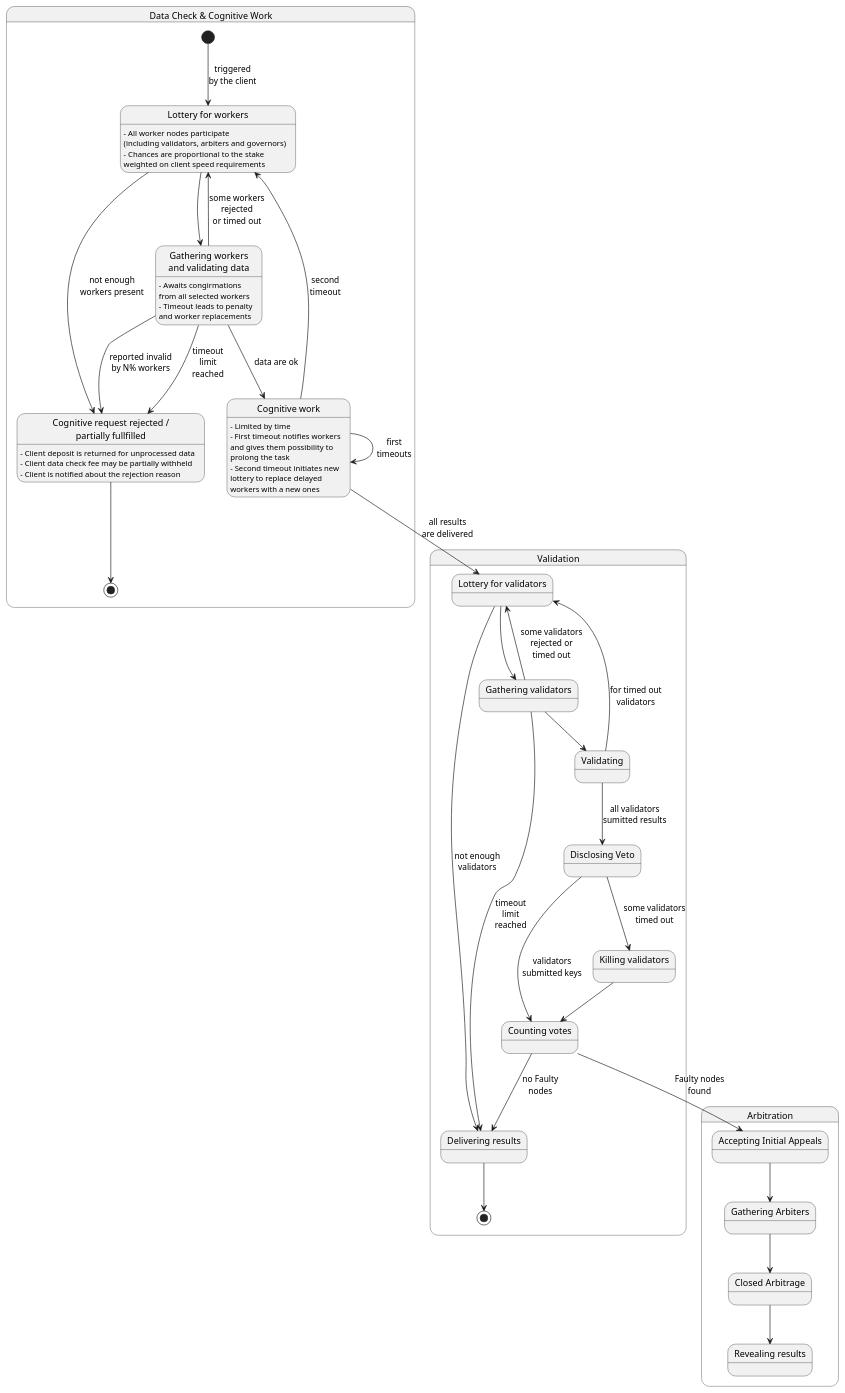
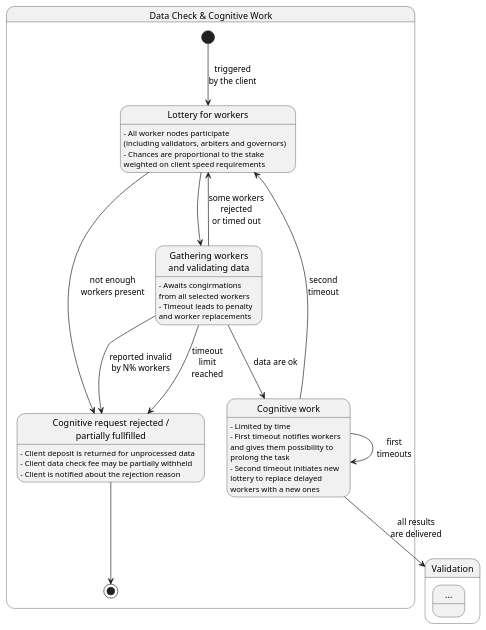
Before and after one commit to pandoraboxchain/pocw-techspecs: the diagram in state_cognition.plantuml, drawn with PlantUML.

```diff
--- a/state_cognition.plantuml
+++ b/state_cognition.plantuml
@@ -1,77 +1,47 @@
 @startuml
 state "Data Check & Cognitive Work" as cognition {
   state "Lottery for workers" as lottery1
   state "Gathering workers\nand validating data" as wait1
   state "Cognitive request rejected /\npartially fullfilled" as rejected
   state "Cognitive work" as work
 
   lottery1: – All worker nodes participate
   lottery1:   (including validators, arbiters and governors)
   lottery1: – Chances are proportional to the stake
   lottery1:   weighted on client speed requirements
 
   wait1: – Awaits congirmations
   wait1:   from all selected workers
   wait1: – Timeout leads to penalty
   wait1:   and worker replacements
 
   rejected: – Client deposit is returned for unprocessed data
   rejected: – Client data check fee may be partially withheld
   rejected: – Client is notified about the rejection reason
 
   work: – Limited by time
   work: – First timeout notifies workers
   work:   and gives them possibility to
   work:   prolong the task
   work: – Second timeout initiates new
   work:   lottery to replace delayed
   work:   workers with a new ones
 
   [*] --> lottery1: triggered\nby the client
   lottery1 --> wait1
   lottery1 -right-> rejected: not enough\nworkers present
   wait1 --> lottery1: some workers\nrejected\nor timed out
   wait1 --> rejected: reported invalid\nby N% workers
   wait1 --> rejected: timeout\nlimit\nreached
   wait1 --> work: data are ok
   work --> work: first\ntimeouts
   work --> lottery1: second\ntimeout
   rejected --> [*]
 }
 
 state "Validation" as validation {
-  state "Lottery for validators" as lottery2
-  state "Gathering validators" as wait2
-  state "Validating" as validating
-  state "Disclosing Veto" as disclosing1
-  state "Counting votes" as counting1
-  state "Killing validators" as killing1
-  state "Delivering results" as delivering1
-
-  work --> lottery2: all results\nare delivered
-  lottery2 --> wait2
-  lottery2 --> delivering1: not enough\nvalidators
-  wait2 --> lottery2: some validators\nrejected or\ntimed out
-  wait2 --> validating
-  wait2 --> delivering1: timeout\nlimit\nreached
-  validating --> lottery2: for timed out\nvalidators
-  validating --> disclosing1: all validators\nsumitted results
-  disclosing1 --> counting1: validators\nsubmitted keys
-  disclosing1 --> killing1: some validators\ntimed out
-  killing1 --> counting1
-  counting1 --> delivering1: no Faulty\nnodes
-  delivering1 --> [*]
+  state "..." as more
 }
 
-state "Arbitration" as arbitration {
-  state "Accepting Initial Appeals" as iappeal
-  state "Gathering Arbiters" as wait3
-  state "Closed Arbitrage" as carbitrage
-  state "Revealing results" as revealing1
-
-  counting1 --> iappeal: Faulty nodes\nfound
-  iappeal --> wait3
-  wait3 --> carbitrage
-  carbitrage --> revealing1
-}
+work --> validation: all results\nare delivered
 @enduml
```
